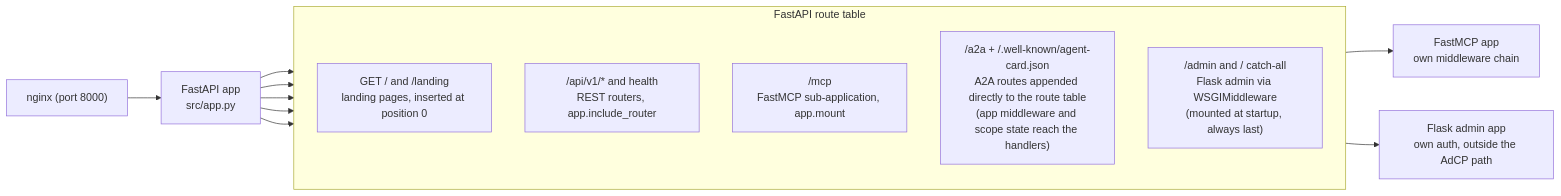
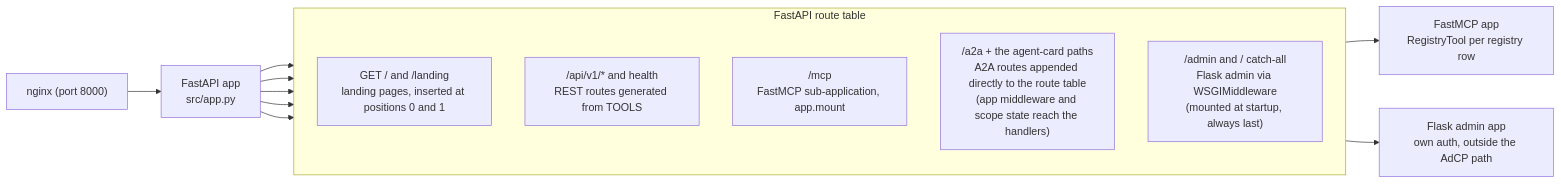
The first of 4 diagrams in docs/development/request-lifecycle.md (KonstantinMirin/prebid-salesagent), drawn with Mermaid before and after one commit. The commit also changed other lines of this file and 1473 other files, not shown here.

````diff
--- a/docs/development/request-lifecycle.md
+++ b/docs/development/request-lifecycle.md
@@ -29,22 +30,22 @@
 ```mermaid
 flowchart LR
     nginx["nginx (port 8000)"] --> app["FastAPI app\nsrc/app.py"]
 
     subgraph routes["FastAPI route table"]
         direction TB
-        landing["GET / and /landing\nlanding pages, inserted at position 0"]
-        rest["/api/v1/* and health\nREST routers, app.include_router"]
+        landing["GET / and /landing\nlanding pages, inserted at positions 0 and 1"]
+        rest["/api/v1/* and health\nREST routes generated from TOOLS"]
         mcp["/mcp\nFastMCP sub-application, app.mount"]
-        a2a["/a2a + /.well-known/agent-card.json\nA2A routes appended directly to the route table\n(app middleware and scope state reach the handlers)"]
+        a2a["/a2a + the agent-card paths\nA2A routes appended directly to the route table\n(app middleware and scope state reach the handlers)"]
         admin["/admin and / catch-all\nFlask admin via WSGIMiddleware\n(mounted at startup, always last)"]
     end
 
     app --> landing
     app --> rest
     app --> mcp
     app --> a2a
     app --> admin
 
-    mcp --> fastmcp["FastMCP app\nown middleware chain"]
+    mcp --> fastmcp["FastMCP app\nRegistryTool per registry row"]
     admin --> flask["Flask admin app\nown auth, outside the AdCP path"]
 ```
````
